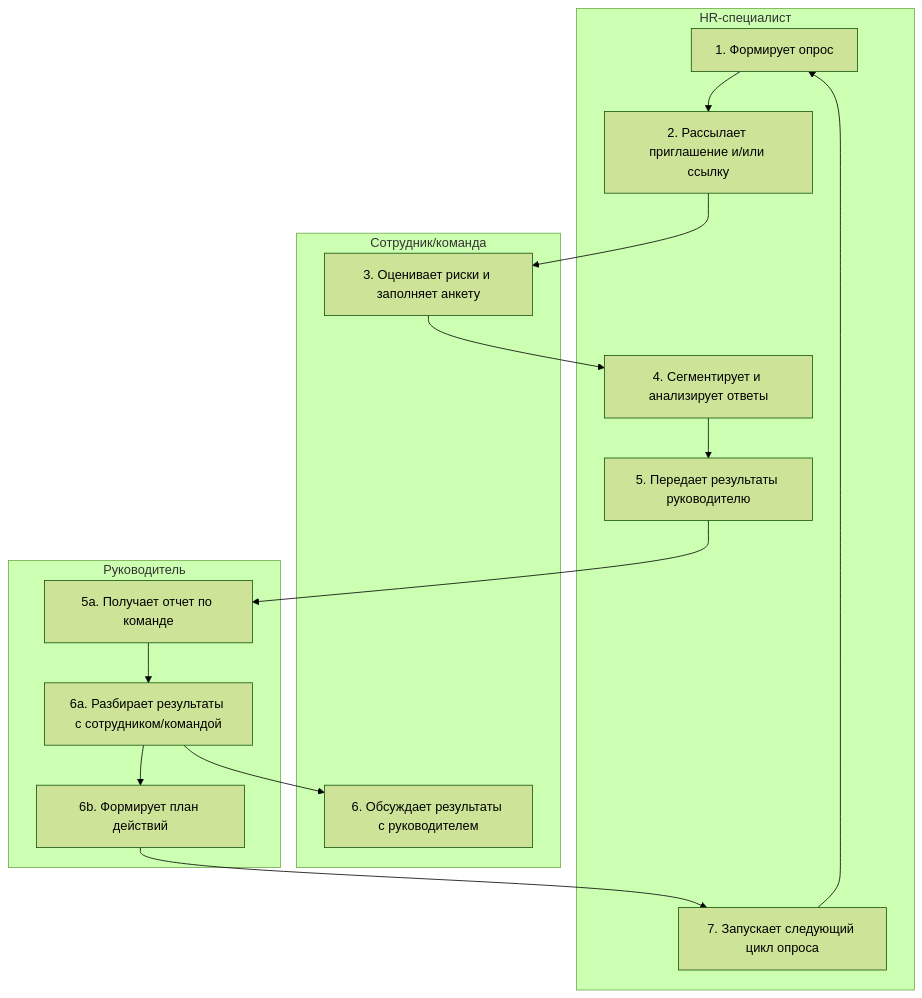
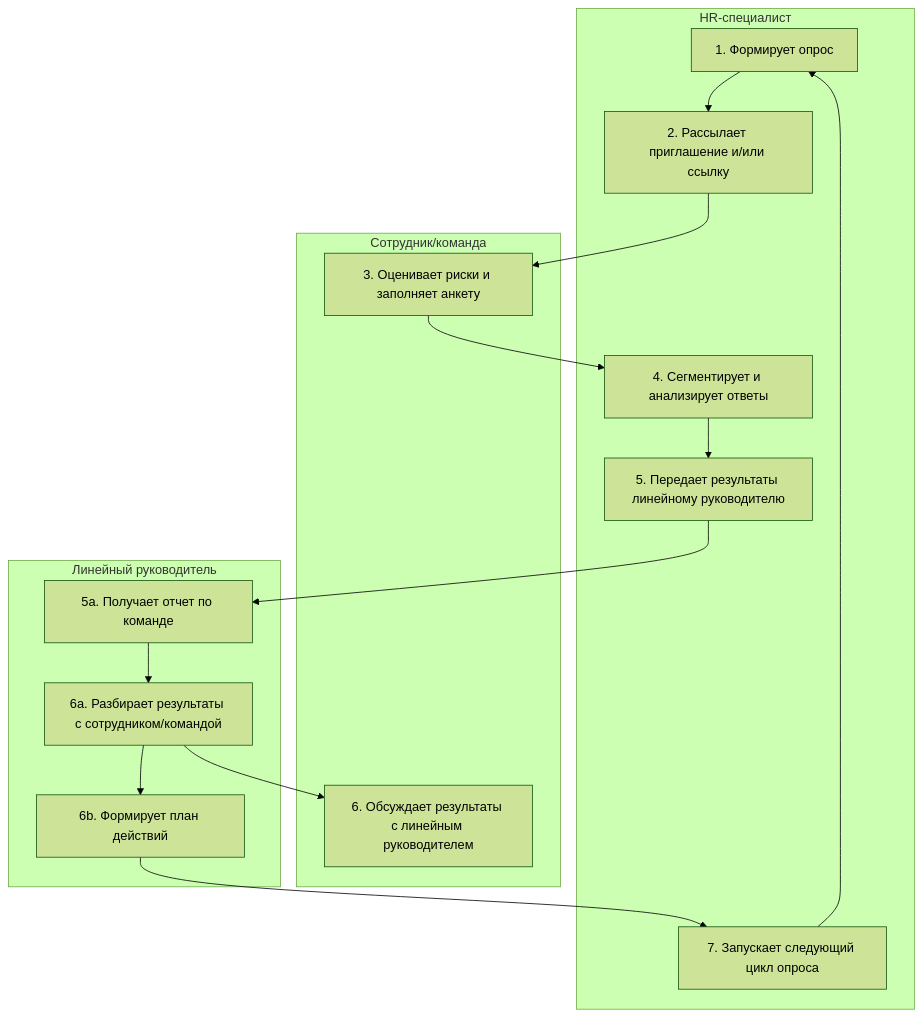
Before and after one commit to CarabasBarabas/team-other-03: the diagram in docs/02_asis_analysis.md, drawn with Mermaid (forest theme). The commit also changed other lines of this file, not shown here.

````diff
--- a/docs/02_asis_analysis.md
+++ b/docs/02_asis_analysis.md
@@ -24,28 +25,28 @@
 ```mermaid
 flowchart TD
     subgraph HR["HR-специалист"]
         A["1. Формирует опрос"] --> B["2. Рассылает приглашение и/или ссылку"]
-        D["4. Сегментирует и анализирует ответы"] --> E["5. Передает результаты руководителю"]
+        D["4. Сегментирует и анализирует ответы"] --> E["5. Передает результаты линейному руководителю"]
         G["7. Запускает следующий цикл опроса"]
     end
 
     subgraph Employee["Сотрудник/команда"]
         C["3. Оценивает риски и заполняет анкету"]
-        F["6. Обсуждает результаты с руководителем"]
+        F["6. Обсуждает результаты с линейным руководителем"]
     end
 
-    subgraph Manager["Руководитель"]
+    subgraph Manager["Линейный руководитель"]
         H["5a. Получает отчет по команде"]
         I["6a. Разбирает результаты с сотрудником/командой"]
         J["6b. Формирует план действий"]
     end
 
     B --> C
     C --> D
     E --> H
     H --> I
     I --> F
     I --> J
     J --> G
     G --> A
 ```
````
